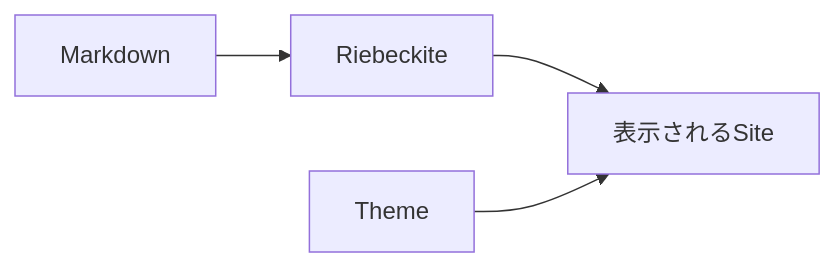
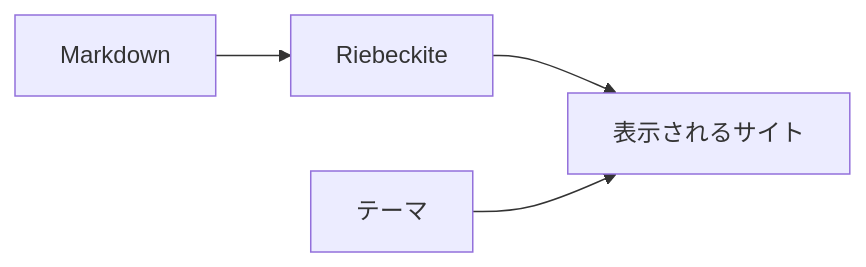
Before and after one commit to Rerurate514/riebeckite: the first of 4 diagrams in docs/docs/themes/README.ja.md, drawn with Mermaid. The commit also changed other lines of this file and 310 other files, not shown here.

````diff
--- a/docs/docs/themes/README.ja.md
+++ b/docs/docs/themes/README.ja.md
@@ -26,11 +24,11 @@
 ```mermaid id="pj4qqs"
 flowchart LR
     Content["Markdown"]
     Riebeckite["Riebeckite"]
-    Theme["Theme"]
-    Site["表示されるSite"]
+    Theme["テーマ"]
+    Site["表示されるサイト"]
 
     Content --> Riebeckite
     Riebeckite --> Site
     Theme --> Site
 ```
````
